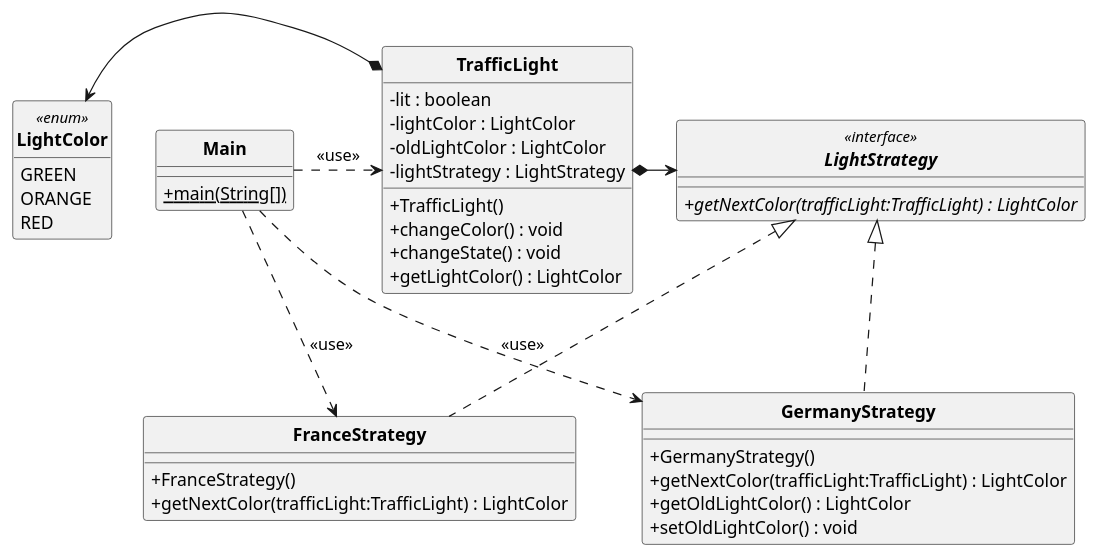
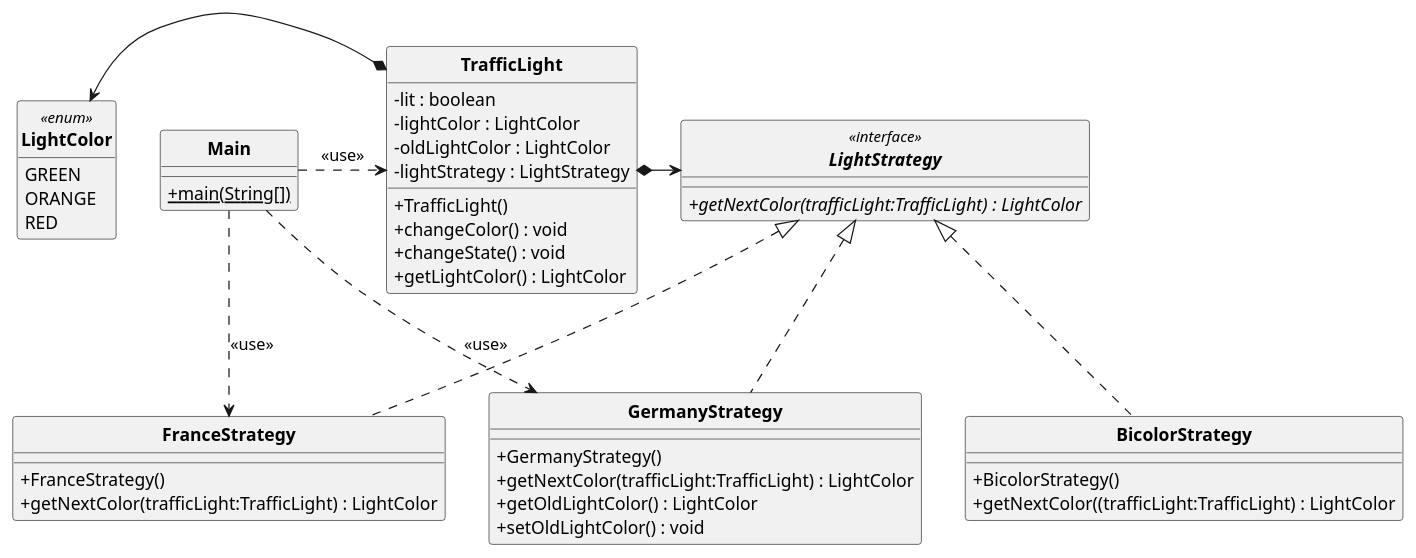
One commit to BaptisteWetterwald/dut-a31 changed the diagram in src/TD1/Exo3/exo3.puml. Above: the diagram before and after it, drawn with PlantUML. The commit also changed 13 other files, not shown here.

```diff
--- a/src/TD1/Exo3/exo3.puml
+++ b/src/TD1/Exo3/exo3.puml
@@ -1,59 +1,66 @@
 @startuml
 'https://plantuml.com/class-diagram
 
 skinparam style strictuml
 skinparam classAttributeIconSize 0
 skinparam classFontStyle Bold
 hide enum methods
 
 enum LightColor <<enum>>
 {
     GREEN
     ORANGE
     RED
 }
 
 interface LightStrategy <<interface>>
 {
     + {abstract} getNextColor(trafficLight:TrafficLight) : LightColor
 }
 
 class Main
 {
     + {static} main(String[])
 }
 
 class TrafficLight
 {
     - lit : boolean
     - lightColor : LightColor
     - oldLightColor : LightColor
     - lightStrategy : LightStrategy
 
     + TrafficLight()
     + changeColor() : void
     + changeState() : void
     + getLightColor() : LightColor
 }
 
 class FranceStrategy implements LightStrategy
 {
     + FranceStrategy()
     + getNextColor(trafficLight:TrafficLight) : LightColor
 }
 
 class GermanyStrategy implements LightStrategy
 {
     + GermanyStrategy()
     + getNextColor(trafficLight:TrafficLight) : LightColor
     + getOldLightColor() : LightColor
     + setOldLightColor() : void
 }
 
+class BicolorStrategy implements LightStrategy
+{
+    + BicolorStrategy()
+    + getNextColor((trafficLight:TrafficLight) : LightColor
+}
+
 TrafficLight *-> LightStrategy
 TrafficLight *-left> LightColor
 Main .> TrafficLight : <<use>>
 Main .> FranceStrategy : <<use>>
 Main .> GermanyStrategy : <<use>>
 
+
 @enduml
```
